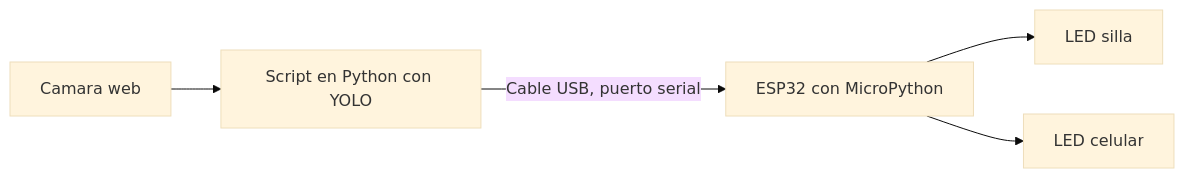
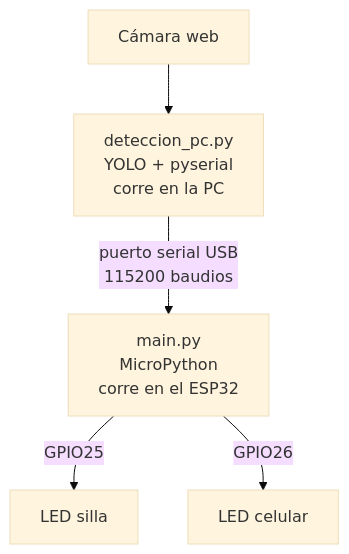
The first of 3 diagrams in 3-deteccion-objetos/README.md (Dathinel/Sensores-Teoria), drawn with Mermaid (base theme) before and after one commit. The commit also changed other lines of this file, not shown here.

First line of the commit message:
Mejorar diagramas y ampliar el README de deteccion-objetos

````diff
--- a/3-deteccion-objetos/README.md
+++ b/3-deteccion-objetos/README.md
@@ -15,7 +15,7 @@
 ```mermaid
-flowchart LR
-    Camara[Camara web] --> PC[Script en Python con YOLO]
-    PC -->|Cable USB, puerto serial| ESP32[ESP32 con MicroPython]
-    ESP32 --> LED1[LED silla]
-    ESP32 --> LED2[LED celular]
+flowchart TD
+    Camara["Cámara web"] --> PC["deteccion_pc.py<br/>YOLO + pyserial<br/>corre en la PC"]
+    PC -->|"puerto serial USB<br/>115200 baudios"| ESP32["main.py<br/>MicroPython<br/>corre en el ESP32"]
+    ESP32 -->|"GPIO25"| LED1["LED silla"]
+    ESP32 -->|"GPIO26"| LED2["LED celular"]
 ```
````
